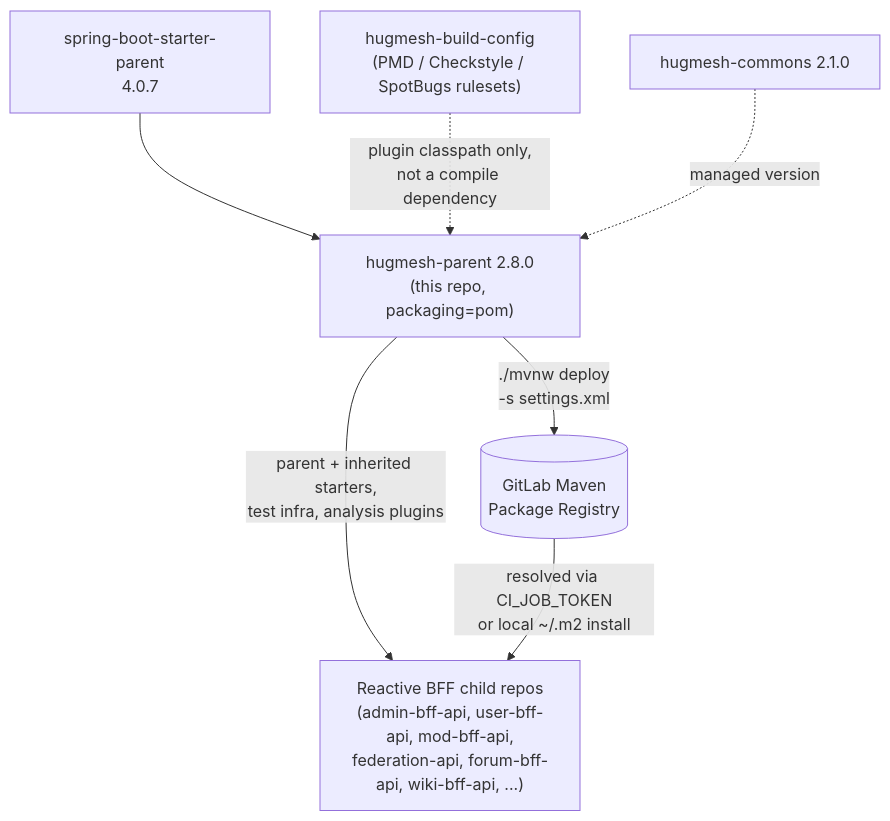
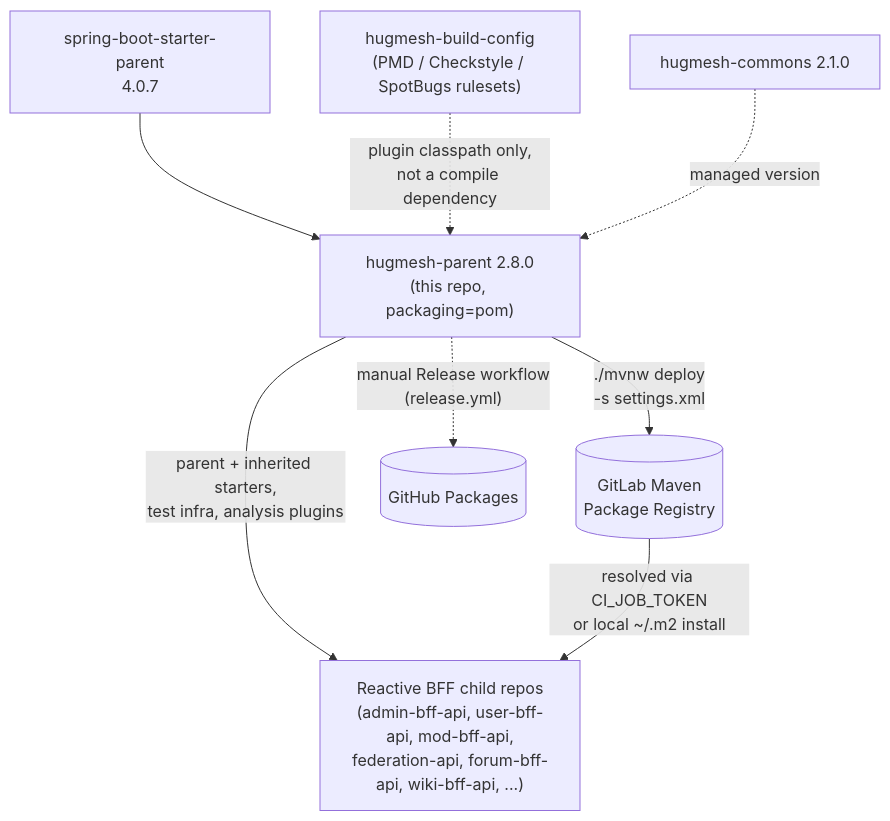
One commit to hugmesh/hugmesh-parent changed the diagram in README.md. Above: the diagram before and after it, drawn with Mermaid. The commit also changed other lines of this file, not shown here.

````diff
--- a/README.md
+++ b/README.md
@@ -134,12 +135,13 @@
 ```mermaid
 flowchart TD
     SBSP["spring-boot-starter-parent<br/>4.0.7"] --> SP["hugmesh-parent 2.8.0<br/>(this repo, packaging=pom)"]
 
     SBC["hugmesh-build-config<br/>(PMD / Checkstyle / SpotBugs rulesets)"] -.->|"plugin classpath only,<br/>not a compile dependency"| SP
     SC["hugmesh-commons 2.1.0"] -.->|"managed version"| SP
 
     SP -->|"parent + inherited starters,<br/>test infra, analysis plugins"| BFF["Reactive BFF child repos<br/>(admin-bff-api, user-bff-api, mod-bff-api,<br/>federation-api, forum-bff-api, wiki-bff-api, ...)"]
 
     SP -->|"./mvnw deploy<br/>-s settings.xml"| REG[("GitLab Maven<br/>Package Registry")]
+    SP -.->|"manual Release workflow<br/>(release.yml)"| GHP[("GitHub Packages")]
     REG -->|"resolved via CI_JOB_TOKEN<br/>or local ~/.m2 install"| BFF
 ```
````
